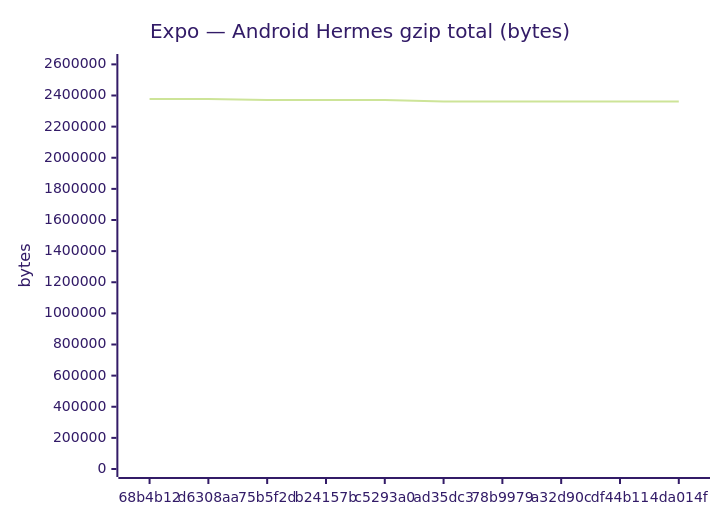
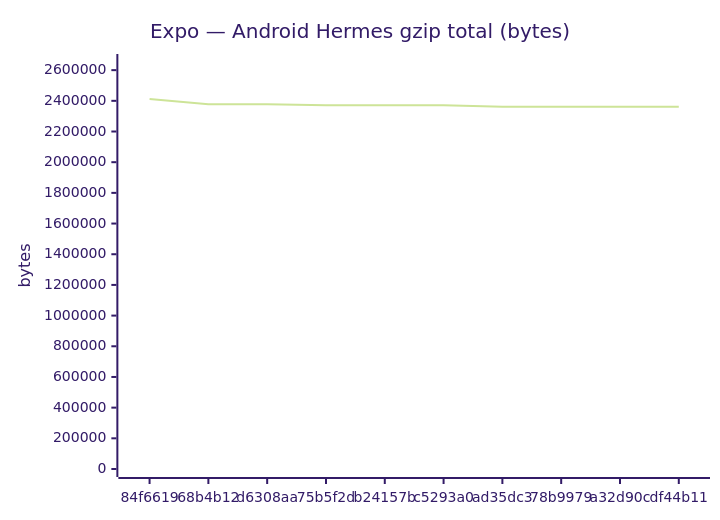
The fifth of 18 diagrams in benchmarks/compare.md (Metaheurist/Rianell), drawn with Mermaid (forest theme) before and after one commit. The commit also changed other lines of this file and 12 other files, not shown here.

````diff
--- a/benchmarks/compare.md
+++ b/benchmarks/compare.md
@@ -116,7 +89,7 @@
 ```mermaid
 xychart-beta
     title "Expo — Android Hermes gzip total (bytes)"
-    x-axis ["68b4b12", "d6308aa", "75b5f2d", "b24157b", "c5293a0", "ad35dc3", "78b9979", "a32d90c", "df44b11", "4da014f"]
-    y-axis "bytes" 0 --> 2615238
-    line [2377489, 2377488, 2370632, 2370632, 2370634, 2362082, 2362084, 2362047, 2362047, 2362048]
+    x-axis ["84f6619", "68b4b12", "d6308aa", "75b5f2d", "b24157b", "c5293a0", "ad35dc3", "78b9979", "a32d90c", "df44b11"]
+    y-axis "bytes" 0 --> 2653105
+    line [2411913, 2377489, 2377488, 2370632, 2370632, 2370634, 2362082, 2362084, 2362047, 2362047]
 ```
````
